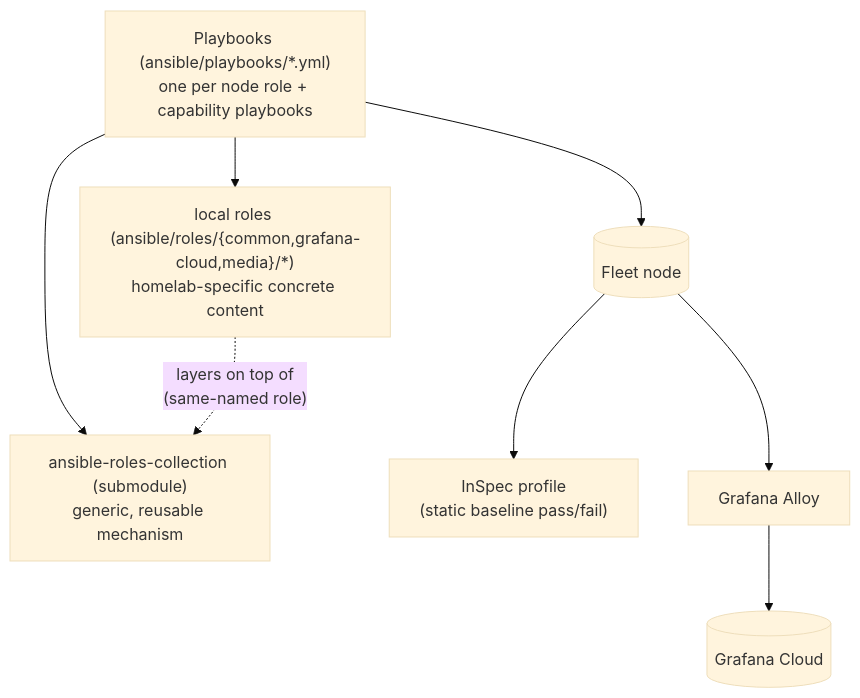
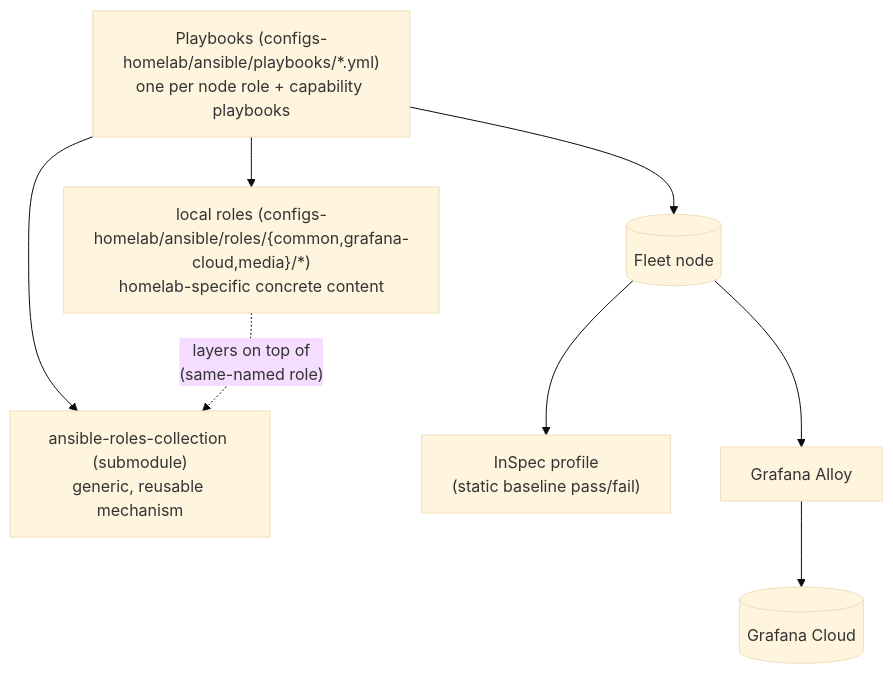
Before and after one commit to sommerfeld-io/configs-homelab: the first of 2 diagrams in _bmad-output/planning-artifacts/architecture/architecture-configs-homelab-2026-08-24/ARCHITECTURE-SPINE.md, drawn with Mermaid (base theme). The commit also changed other lines of this file and 174 other files, not shown here.

First line of the commit message:
refactor(structure): move homelab configs into configs-homelab and rename cloud-configs to configs-cloud

````diff
--- a/_bmad-output/planning-artifacts/architecture/architecture-configs-homelab-2026-08-24/ARCHITECTURE-SPINE.md
+++ b/_bmad-output/planning-artifacts/architecture/architecture-configs-homelab-2026-08-24/ARCHITECTURE-SPINE.md
@@ -24,17 +24,17 @@
 ```mermaid
 graph TD
-    PB["Playbooks (ansible/playbooks/*.yml)<br/>one per node role + capability playbooks"]
+    PB["Playbooks (configs-homelab/ansible/playbooks/*.yml)<br/>one per node role + capability playbooks"]
     RC["ansible-roles-collection (submodule)<br/>generic, reusable mechanism"]
-    RL["local roles (ansible/roles/{common,grafana-cloud,media}/*)<br/>homelab-specific concrete content"]
+    RL["local roles (configs-homelab/ansible/roles/{common,grafana-cloud,media}/*)<br/>homelab-specific concrete content"]
     NODE[("Fleet node")]
     INSPEC["InSpec profile<br/>(static baseline pass/fail)"]
     ALLOY["Grafana Alloy"]
     CLOUD[("Grafana Cloud")]
 
     PB --> RC
     PB --> RL
     RL -. "layers on top of<br/>(same-named role)" .-> RC
     PB --> NODE
     NODE --> INSPEC
     NODE --> ALLOY --> CLOUD
 ```
````
